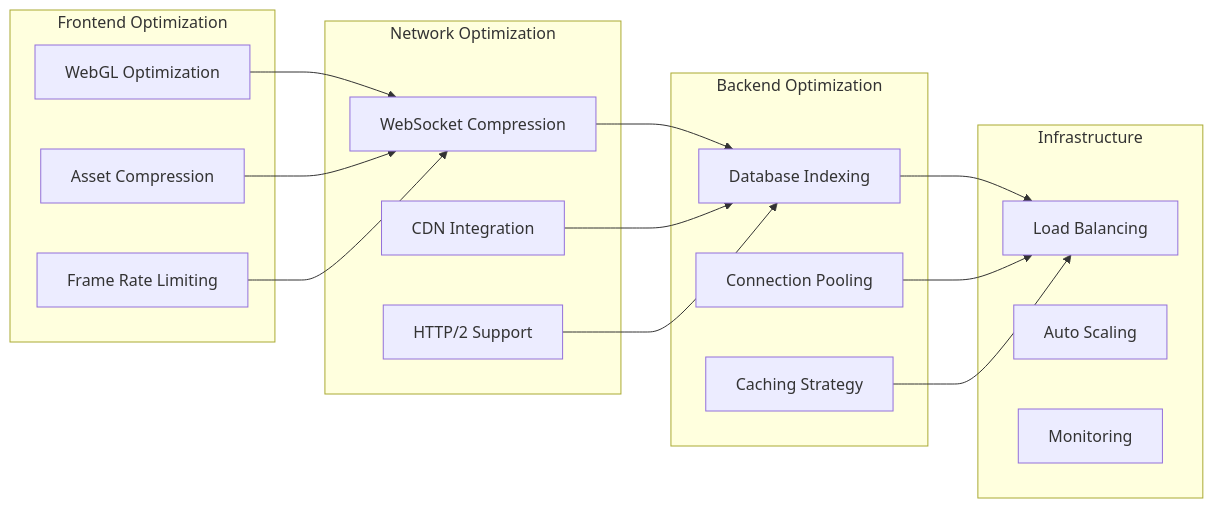
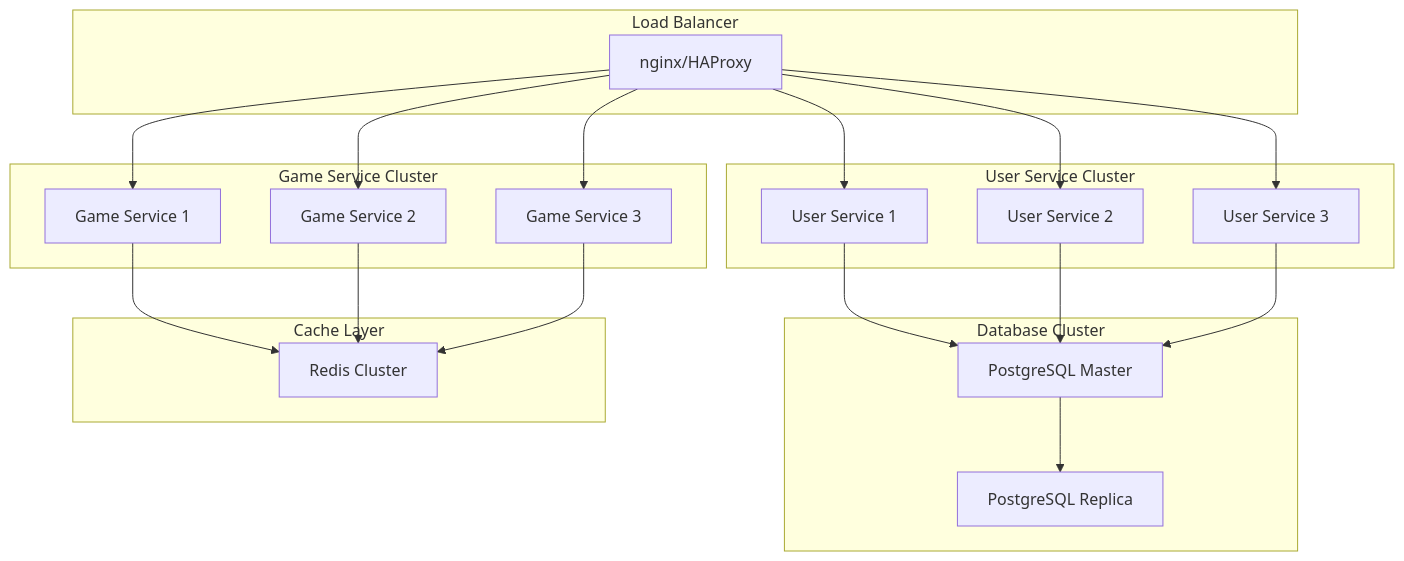
One commit to tanminkwan/test2 changed the eighth of 10 diagrams in ARCHITECTURE.md. Above: the diagram before and after it, drawn with Mermaid. The commit also changed other lines of this file and 26 other files, not shown here.

````diff
--- a/ARCHITECTURE.md
+++ b/ARCHITECTURE.md
@@ -563,36 +406,44 @@
 ```mermaid
-graph LR
-    subgraph "Frontend Optimization"
-        A[WebGL Optimization]
-        B[Asset Compression]
-        C[Frame Rate Limiting]
+graph TB
+    subgraph "Load Balancer"
+        LB[nginx/HAProxy]
     end
     
-    subgraph "Network Optimization"
-        D[WebSocket Compression]
-        E[CDN Integration]
-        F[HTTP/2 Support]
+    subgraph "User Service Cluster"
+        U1[User Service 1]
+        U2[User Service 2]
+        U3[User Service 3]
     end
     
-    subgraph "Backend Optimization"
-        G[Database Indexing]
-        H[Connection Pooling]
-        I[Caching Strategy]
+    subgraph "Game Service Cluster"
+        G1[Game Service 1]
+        G2[Game Service 2]
+        G3[Game Service 3]
     end
     
-    subgraph "Infrastructure"
-        J[Load Balancing]
-        K[Auto Scaling]
-        L[Monitoring]
+    subgraph "Database Cluster"
+        DB1[PostgreSQL Master]
+        DB2[PostgreSQL Replica]
     end
     
-    A --> D
-    B --> D
-    C --> D
-    D --> G
-    E --> G
-    F --> G
-    G --> J
-    H --> J
-    I --> J
+    subgraph "Cache Layer"
+        R1[Redis Cluster]
+    end
+    
+    LB --> U1
+    LB --> U2
+    LB --> U3
+    LB --> G1
+    LB --> G2
+    LB --> G3
+    
+    U1 --> DB1
+    U2 --> DB1
+    U3 --> DB1
+    
+    DB1 --> DB2
+    
+    G1 --> R1
+    G2 --> R1
+    G3 --> R1
 ```
````
